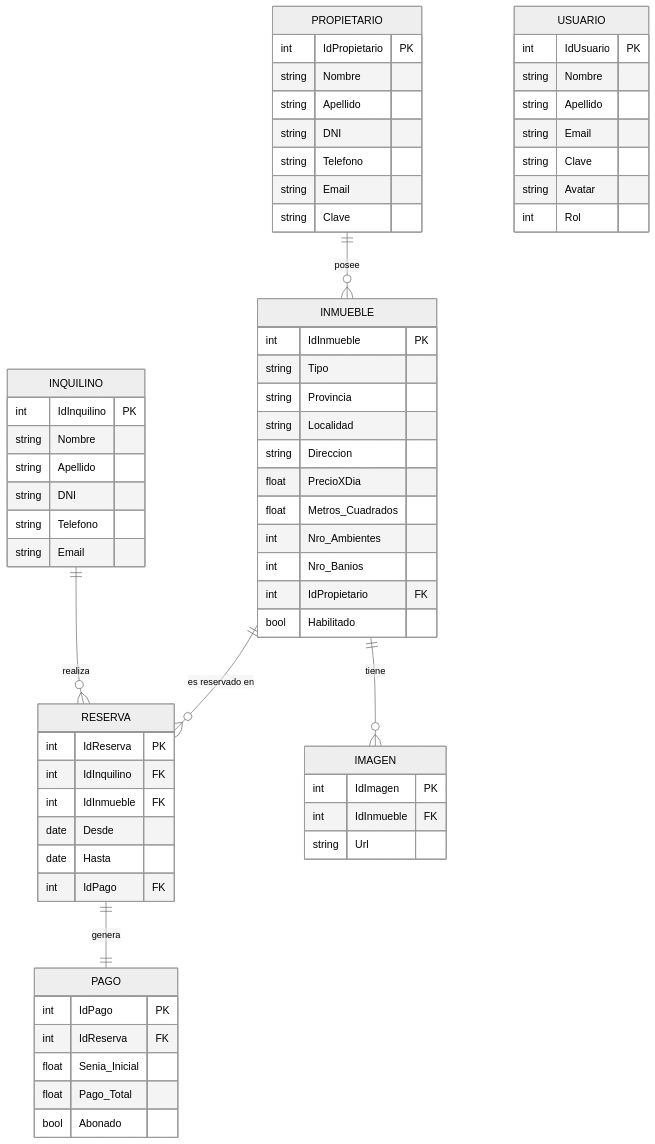
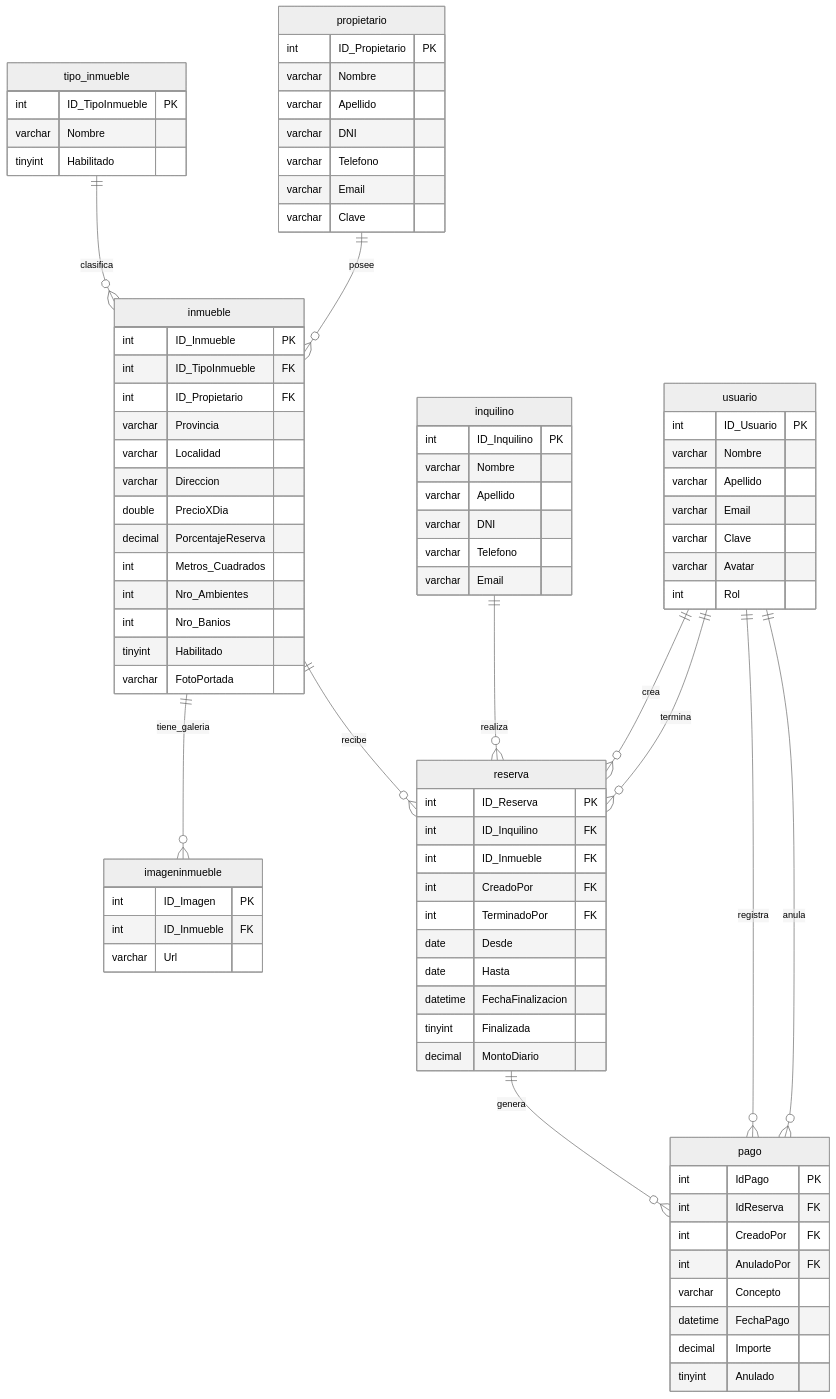
Before and after one commit to AbreguJuan/inmobiliaria-grupo-9: the diagram in README.md, drawn with Mermaid (neutral theme). The commit also changed other lines of this file and 2 other files, not shown here.

Commit message:
docs: actualizar README con diagrama Mermaid, credenciales y listado de features

````diff
--- a/README.md
+++ b/README.md
@@ -35,74 +36,97 @@
 ```mermaid
 erDiagram
-    PROPIETARIO ||--o{ INMUEBLE : posee
-    INMUEBLE ||--o{ RESERVA : "es reservado en"
-    INQUILINO ||--o{ RESERVA : realiza
-    RESERVA ||--|| PAGO : genera
-    INMUEBLE ||--o{ IMAGEN : tiene
-
-    PROPIETARIO {
-        int IdPropietario PK
-        string Nombre
-        string Apellido
-        string DNI
-        string Telefono
-        string Email
-        string Clave
+    tipo_inmueble {
+        int ID_TipoInmueble PK
+        varchar Nombre
+        tinyint Habilitado
+    }
+    
+    inmueble {
+        int ID_Inmueble PK
+        int ID_TipoInmueble FK
+        int ID_Propietario FK
+        varchar Provincia
+        varchar Localidad
+        varchar Direccion
+        double PrecioXDia
+        decimal PorcentajeReserva
+        int Metros_Cuadrados
+        int Nro_Ambientes
+        int Nro_Banios
+        tinyint Habilitado
+        varchar FotoPortada
+    }
+    
+    imageninmueble {
+        int ID_Imagen PK
+        int ID_Inmueble FK
+        varchar Url
+    }
+    
+    propietario {
+        int ID_Propietario PK
+        varchar Nombre
+        varchar Apellido
+        varchar DNI
+        varchar Telefono
+        varchar Email
+        varchar Clave
+    }
+    
+    inquilino {
+        int ID_Inquilino PK
+        varchar Nombre
+        varchar Apellido
+        varchar DNI
+        varchar Telefono
+        varchar Email
+    }
+    
+    usuario {
+        int ID_Usuario PK
+        varchar Nombre
+        varchar Apellido
+        varchar Email
+        varchar Clave
+        varchar Avatar
+        int Rol
+    }
+    
+    reserva {
+        int ID_Reserva PK
+        int ID_Inquilino FK
+        int ID_Inmueble FK
+        int CreadoPor FK
+        int TerminadoPor FK
+        date Desde
+        date Hasta
+        datetime FechaFinalizacion
+        tinyint Finalizada
+        decimal MontoDiario
+    }
+    
+    pago {
+        int IdPago PK
+        int IdReserva FK
+        int CreadoPor FK
+        int AnuladoPor FK
+        varchar Concepto
+        datetime FechaPago
+        decimal Importe
+        tinyint Anulado
     }
 
-    INQUILINO {
-        int IdInquilino PK
-        string Nombre
-        string Apellido
-        string DNI
-        string Telefono
-        string Email
-    }
-
-    USUARIO {
-        int IdUsuario PK
-        string Nombre
-        string Apellido
-        string Email
-        string Clave
-        string Avatar
-        int Rol
-    }
-
-    INMUEBLE {
-        int IdInmueble PK
-        string Tipo
-        string Provincia
-        string Localidad
-        string Direccion
-        float PrecioXDia
-        float Metros_Cuadrados
-        int Nro_Ambientes
-        int Nro_Banios
-        int IdPropietario FK
-        bool Habilitado
-    }
-
-    IMAGEN {
-        int IdImagen PK
-        int IdInmueble FK
-        string Url
-    }
-
-    RESERVA {
-        int IdReserva PK
-        int IdInquilino FK
-        int IdInmueble FK
-        date Desde
-        date Hasta
-        int IdPago FK
-    }
-
-    PAGO {
-        int IdPago PK
-        int IdReserva FK
-        float Senia_Inicial
-        float Pago_Total
-        bool Abonado
-    }
+    %% Relaciones
+    tipo_inmueble ||--o{ inmueble : "clasifica"
+    propietario ||--o{ inmueble : "posee"
+    inmueble ||--o{ imageninmueble : "tiene_galeria"
+    inmueble ||--o{ reserva : "recibe"
+    inquilino ||--o{ reserva : "realiza"
+    reserva ||--o{ pago : "genera"
+    
+    %% Auditoría (Relaciones con Usuario)
+    usuario ||--o{ reserva : "crea"
+    usuario ||--o{ reserva : "termina"
+    usuario ||--o{ pago : "registra"
+    usuario ||--o{ pago : "anula"
 ```
````
